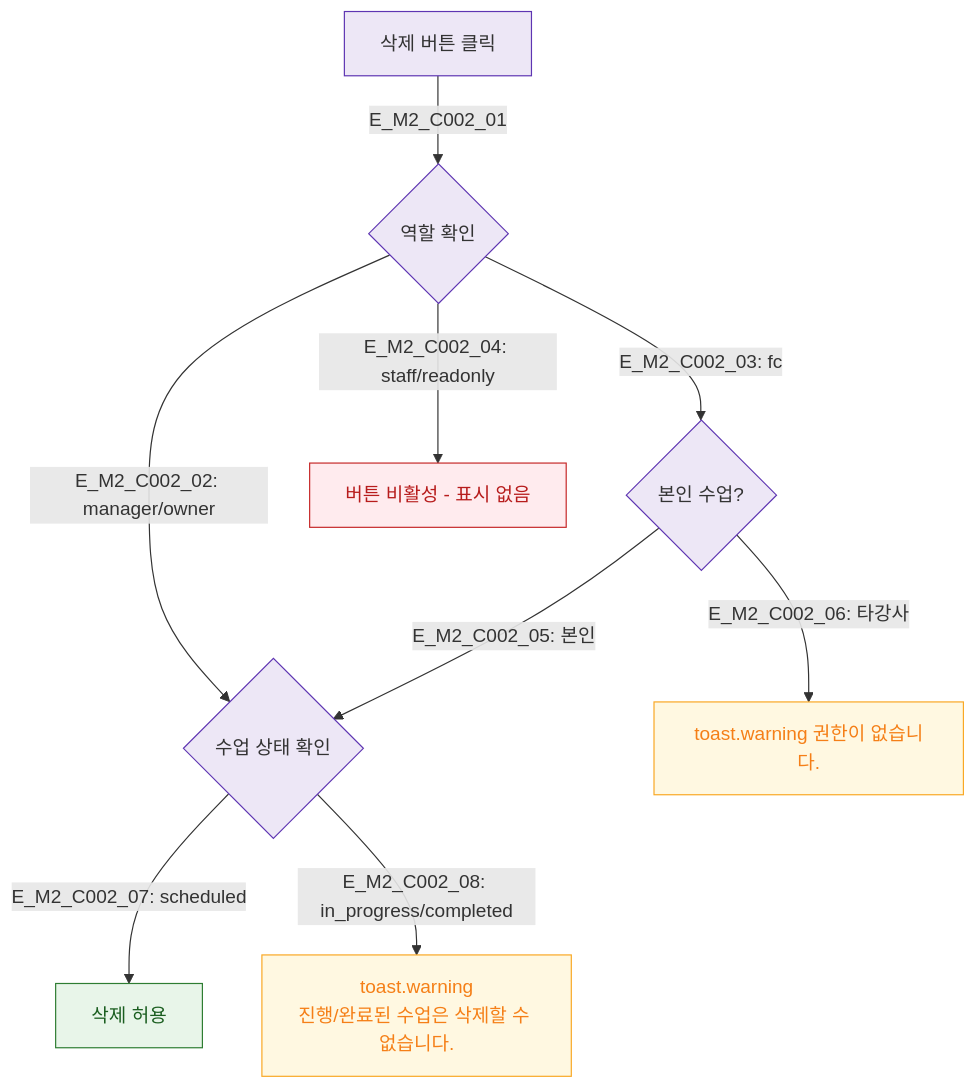
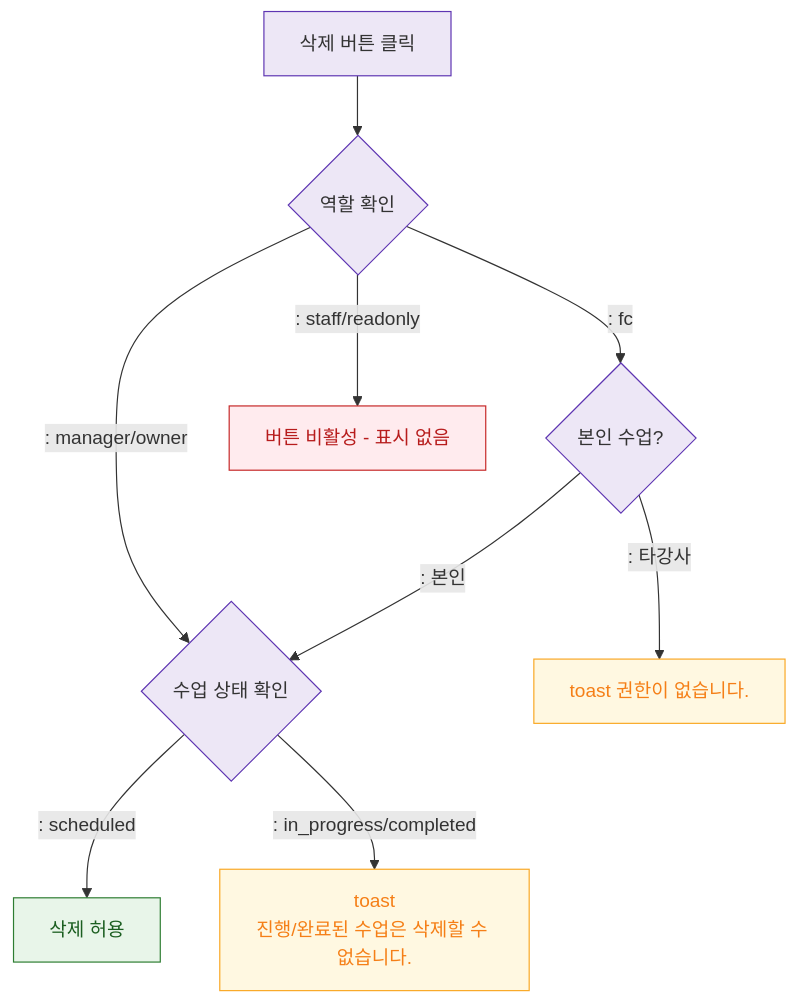
The diagram in docs/다이어그램/D04_수업관리/DLG/DLG-C002_일정상세/M2_필드검증.md (dev-spogym/admin-pando), drawn with Mermaid before and after one commit. The commit also changed other lines of this file and 1660 other files, not shown here.

First line of the commit message:
다이어그램: 기획자/클라이언트 납품본으로 정리

````diff
--- a/docs/다이어그램/D04_수업관리/DLG/DLG-C002_일정상세/M2_필드검증.md
+++ b/docs/다이어그램/D04_수업관리/DLG/DLG-C002_일정상세/M2_필드검증.md
@@ -20,22 +18,22 @@
 ```mermaid
 flowchart TD
-  DeleteBtn[삭제 버튼 클릭] -->|E_M2_C002_01| RoleCheck{역할 확인}
-  RoleCheck -->|"E_M2_C002_02: manager/owner"| StatusCheck{수업 상태 확인}
-  RoleCheck -->|"E_M2_C002_03: fc"| FCOwnerCheck{본인 수업?}
-  RoleCheck -->|"E_M2_C002_04: staff/readonly"| PermBlocked[버튼 비활성 - 표시 없음]
+  DeleteBtn[삭제 버튼 클릭] --> RoleCheck{역할 확인}
+  RoleCheck -->|": manager/owner"|StatusCheck{수업 상태 확인}
+  RoleCheck -->|": fc"|FCOwnerCheck{본인 수업?}
+  RoleCheck -->|": staff/readonly"|PermBlocked[버튼 비활성 - 표시 없음]
 
-  FCOwnerCheck -->|"E_M2_C002_05: 본인"| StatusCheck
-  FCOwnerCheck -->|"E_M2_C002_06: 타강사"| PermErr[toast.warning 권한이 없습니다.]
+  FCOwnerCheck -->|": 본인"|StatusCheck
+  FCOwnerCheck -->|": 타강사"|PermErr[toast 권한이 없습니다.]
 
-  StatusCheck -->|"E_M2_C002_07: scheduled"| AllowDelete[삭제 허용]
-  StatusCheck -->|"E_M2_C002_08: in_progress/completed"| BlockDelete[toast.warning\n진행/완료된 수업은 삭제할 수 없습니다.]
+  StatusCheck -->|": scheduled"|AllowDelete[삭제 허용]
+  StatusCheck -->|": in_progress/completed"|BlockDelete[toast\n진행/완료된 수업은 삭제할 수 없습니다.]
 
   classDef system fill:#EDE7F6,stroke:#5E35B2
   classDef success fill:#E8F5E9,stroke:#2E7D32,color:#1B5E20
   classDef error fill:#FFEBEE,stroke:#C62828,color:#B71C1C
   classDef warning fill:#FFF8E1,stroke:#F9A825,color:#F57F17
   class DeleteBtn,RoleCheck,FCOwnerCheck,StatusCheck system
   class AllowDelete success
   class PermErr,BlockDelete warning
   class PermBlocked error
 ```
````
